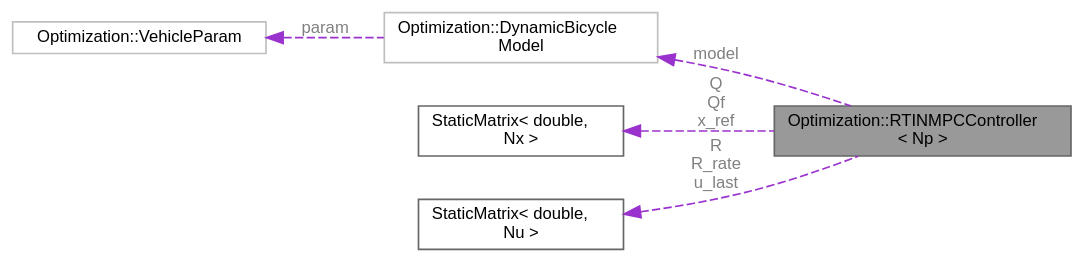
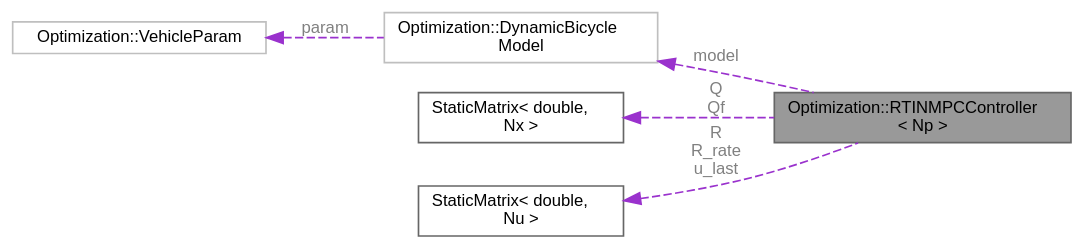
One commit to jswoo0615/Algorithms_for_Optimization_cpp changed the diagram in classOptimization_1_1RTINMPCController__coll__graph.dot. Above: the diagram before and after it, drawn with Graphviz. The commit also changed 78 other files, not shown here.

```diff
--- a/classOptimization_1_1RTINMPCController__coll__graph.dot
+++ b/classOptimization_1_1RTINMPCController__coll__graph.dot
@@ -1,17 +1,17 @@
 digraph "Optimization::RTINMPCController&lt; Np &gt;"
 {
  // LATEX_PDF_SIZE
   bgcolor="transparent";
   edge [fontname=Helvetica,fontsize=10,labelfontname=Helvetica,labelfontsize=10];
   node [fontname=Helvetica,fontsize=10,shape=box,height=0.2,width=0.4];
   rankdir="LR";
   Node1 [id="Node000001",label="Optimization::RTINMPCController\l\< Np \>",height=0.2,width=0.4,color="gray40", fillcolor="grey60", style="filled", fontcolor="black",tooltip=" "];
   Node2 -> Node1 [id="edge1_Node000001_Node000002",dir="back",color="darkorchid3",style="dashed",tooltip=" ",label=" model",fontcolor="grey" ];
   Node2 [id="Node000002",label="Optimization::DynamicBicycle\lModel",height=0.2,width=0.4,color="grey75", fillcolor="white", style="filled",URL="$classOptimization_1_1DynamicBicycleModel.html",tooltip=" "];
   Node3 -> Node2 [id="edge2_Node000002_Node000003",dir="back",color="darkorchid3",style="dashed",tooltip=" ",label=" param",fontcolor="grey" ];
   Node3 [id="Node000003",label="Optimization::VehicleParam",height=0.2,width=0.4,color="grey75", fillcolor="white", style="filled",URL="$structOptimization_1_1VehicleParam.html",tooltip=" "];
-  Node4 -> Node1 [id="edge3_Node000001_Node000004",dir="back",color="darkorchid3",style="dashed",tooltip=" ",label=" Q\nQf\nx_ref",fontcolor="grey" ];
+  Node4 -> Node1 [id="edge3_Node000001_Node000004",dir="back",color="darkorchid3",style="dashed",tooltip=" ",label=" Q\nQf",fontcolor="grey" ];
   Node4 [id="Node000004",label="StaticMatrix\< double,\l Nx \>",height=0.2,width=0.4,color="gray40", fillcolor="white", style="filled",URL="$classStaticMatrix.html",tooltip=" "];
   Node5 -> Node1 [id="edge4_Node000001_Node000005",dir="back",color="darkorchid3",style="dashed",tooltip=" ",label=" R\nR_rate\nu_last",fontcolor="grey" ];
   Node5 [id="Node000005",label="StaticMatrix\< double,\l Nu \>",height=0.2,width=0.4,color="gray40", fillcolor="white", style="filled",URL="$classStaticMatrix.html",tooltip=" "];
 }
```
